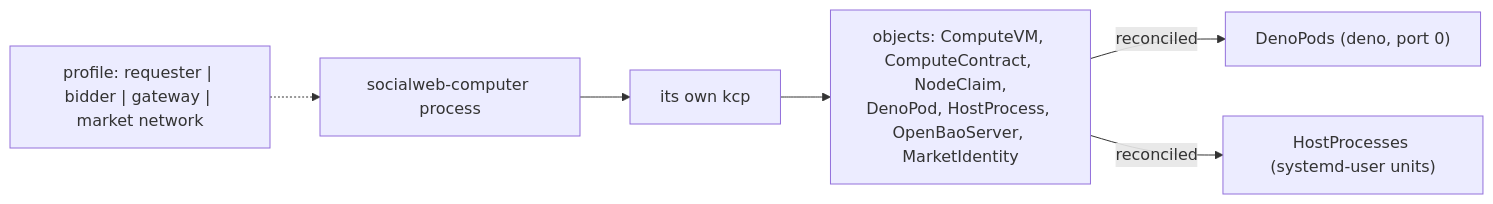
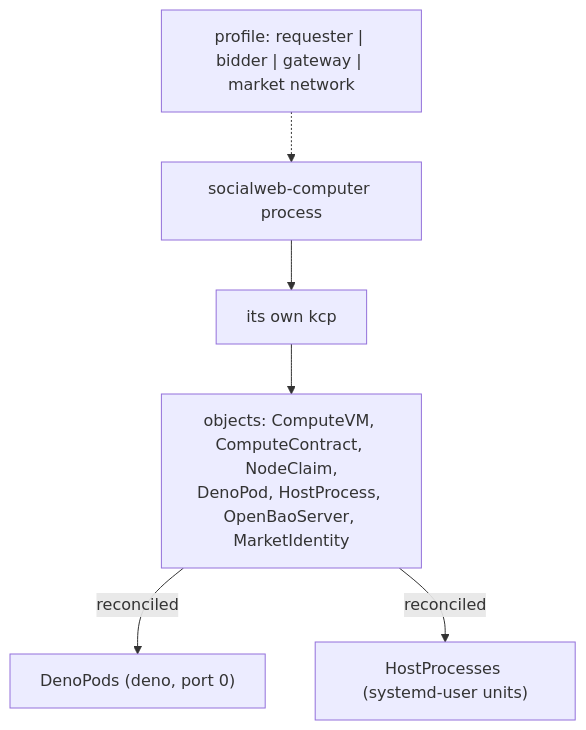
Before and after one commit to publicdomainrelay/socialweb-computer-kcp: the first of 6 diagrams in README.md, drawn with Mermaid. The commit also changed other lines of this file, not shown here.

Commit message:
README: flowcharts are top-down (TD), easier to read in the page

````diff
--- a/README.md
+++ b/README.md
@@ -7,8 +7,8 @@
 ```mermaid
-flowchart LR
+flowchart TD
   bin["socialweb-computer process"] --> kcp["its own kcp"]
   kcp --> objs["objects: ComputeVM, ComputeContract, NodeClaim,<br/>DenoPod, HostProcess, OpenBaoServer, MarketIdentity"]
   objs -->|reconciled| pods["DenoPods (deno, port 0)"]
   objs -->|reconciled| hosts["HostProcesses (systemd-user units)"]
   profile["profile: requester | bidder | gateway | market network"] -.-> bin
 ```
````
